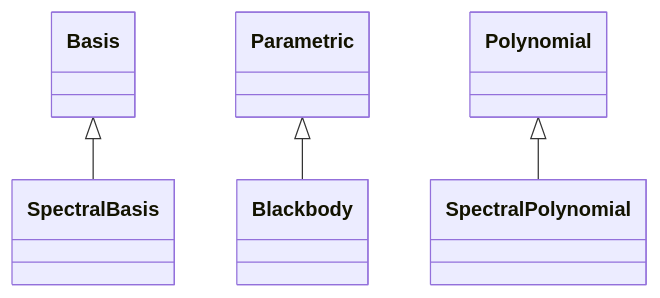
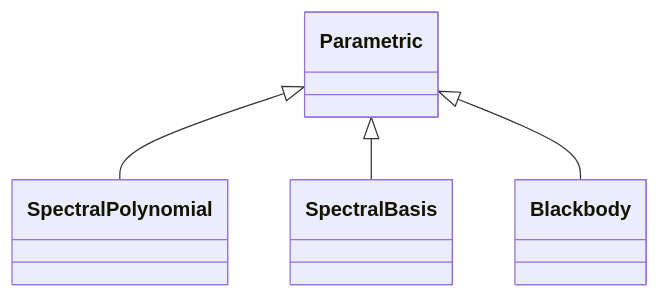
The diagram in docs/API/core/spectral.md (LouisDesdoigts/dLux), drawn with Mermaid before and after one commit. The commit also changed 46 other files, not shown here.

First line of the commit message:
Simplify parametric evaluation and spatial basis contracts

````diff
--- a/docs/API/core/spectral.md
+++ b/docs/API/core/spectral.md
@@ -7,15 +7,13 @@
 ```mermaid
 classDiagram
     class dLux_parametric_spectral_SpectralPolynomial["SpectralPolynomial"]
     class dLux_parametric_spectral_SpectralBasis["SpectralBasis"]
     class dLux_parametric_spectral_Blackbody["Blackbody"]
-    class dLux_parametric_bases_Basis["Basis"]
     class dLux_parametric_parametrics_Parametric["Parametric"]
-    class dLux_parametric_polynomials_Polynomial["Polynomial"]
-    dLux_parametric_polynomials_Polynomial <|-- dLux_parametric_spectral_SpectralPolynomial
-    click dLux_parametric_spectral_SpectralPolynomial href "#dLux.parametric.spectral.SpectralPolynomial" "Attributes: normalise · Methods: evaluate()"
-    dLux_parametric_bases_Basis <|-- dLux_parametric_spectral_SpectralBasis
-    click dLux_parametric_spectral_SpectralBasis href "#dLux.parametric.spectral.SpectralBasis" "Attributes: normalise · Methods: evaluate()"
+    dLux_parametric_parametrics_Parametric <|-- dLux_parametric_spectral_SpectralPolynomial
+    click dLux_parametric_spectral_SpectralPolynomial href "#dLux.parametric.spectral.SpectralPolynomial" "Attributes: coeffs, powers, normalise · Methods: evaluate()"
+    dLux_parametric_parametrics_Parametric <|-- dLux_parametric_spectral_SpectralBasis
+    click dLux_parametric_spectral_SpectralBasis href "#dLux.parametric.spectral.SpectralBasis" "Attributes: expansion, normalise · Methods: evaluate()"
     dLux_parametric_parametrics_Parametric <|-- dLux_parametric_spectral_Blackbody
     click dLux_parametric_spectral_Blackbody href "#dLux.parametric.spectral.Blackbody" "Attributes: temperature, normalise · Methods: evaluate()"
 ```
````
